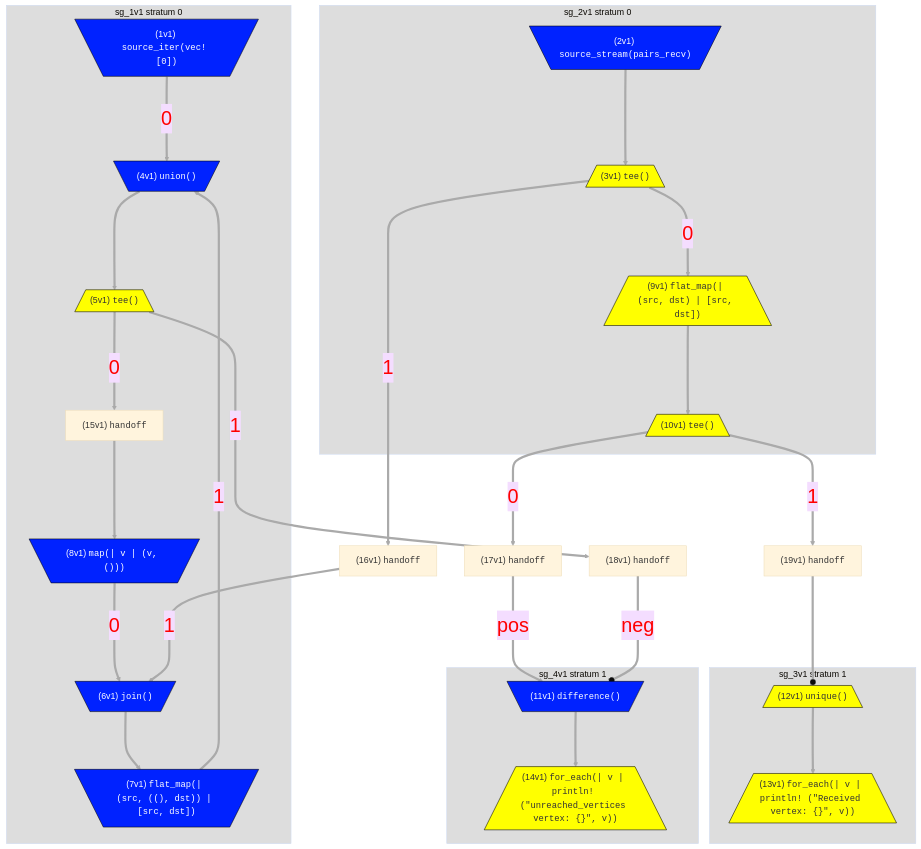
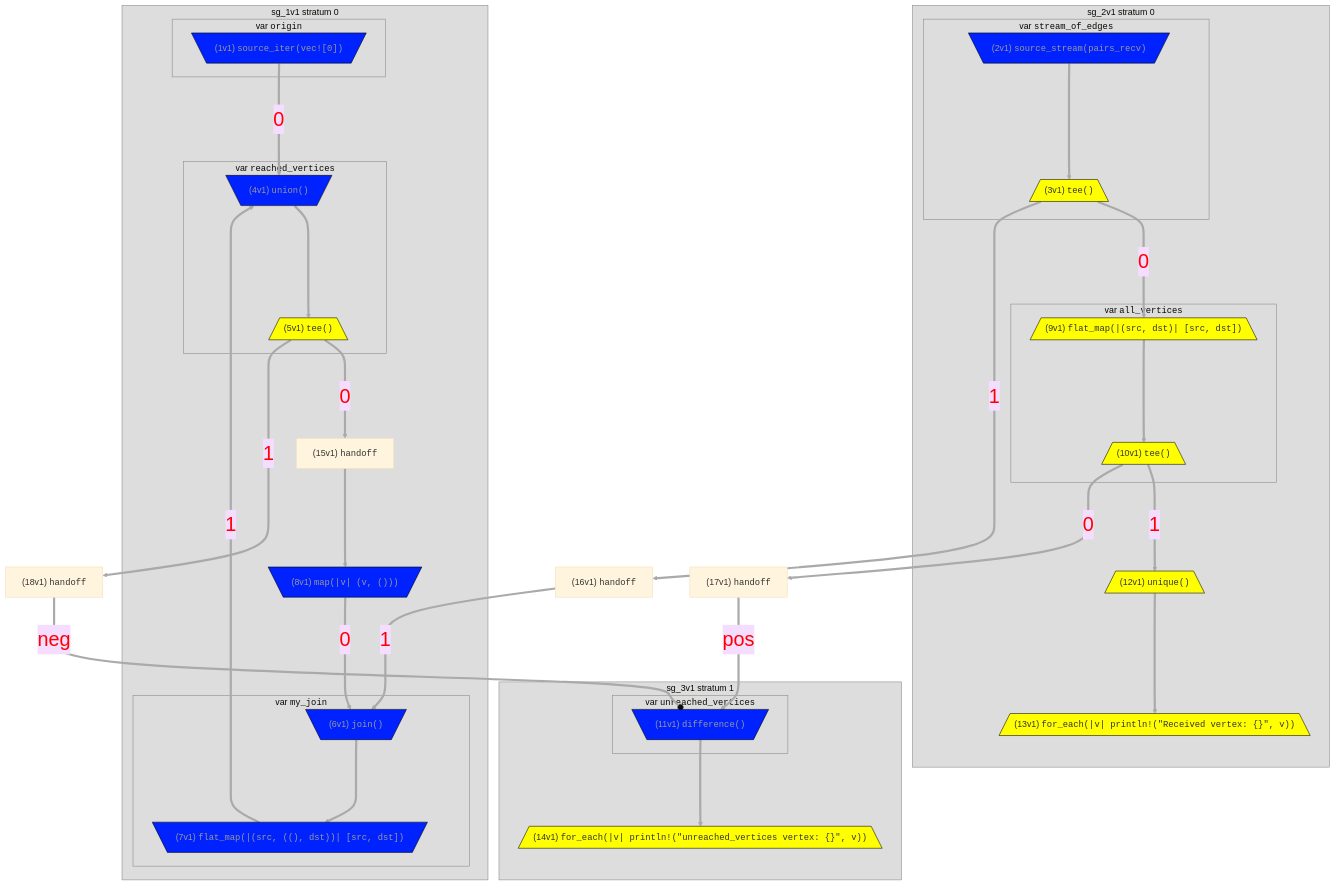
Before and after one commit to nickjiang2378/hydroflow: the second of 2 diagrams in docs/docs/hydroflow/quickstart/example_6_unreachability.md, drawn with Mermaid. The commit also changed other lines of this file and 8 other files, not shown here.

````diff
--- a/docs/docs/hydroflow/quickstart/example_6_unreachability.md
+++ b/docs/docs/hydroflow/quickstart/example_6_unreachability.md
@@ -118,54 +118,72 @@
 ```mermaid
-%%{init: {'theme': 'base', 'themeVariables': {'clusterBkg':'#ddd'}}}%%
+%%{init:{'theme':'base','themeVariables':{'clusterBkg':'#ddd','clusterBorder':'#888'}}}%%
 flowchart TD
-classDef pullClass fill:#02f,color:#fff,stroke:#000
-classDef pushClass fill:#ff0,stroke:#000
+classDef pullClass fill:#02f,color:#999,stroke:#000,text-align:left,white-space:pre
+classDef pushClass fill:#ff0,stroke:#000,text-align:left,white-space:pre
 linkStyle default stroke:#aaa,stroke-width:4px,color:red,font-size:1.5em;
-subgraph "sg_1v1 stratum 0"
-    1v1[\"(1v1) <tt>source_iter(vec! [0])</tt>"/]:::pullClass
-    8v1[\"(8v1) <tt>map(| v | (v, ()))</tt>"/]:::pullClass
-    6v1[\"(6v1) <tt>join()</tt>"/]:::pullClass
-    7v1[\"(7v1) <tt>flat_map(| (src, ((), dst)) | [src, dst])</tt>"/]:::pullClass
-    4v1[\"(4v1) <tt>union()</tt>"/]:::pullClass
-    5v1[/"(5v1) <tt>tee()</tt>"\]:::pushClass
-    15v1["(15v1) <tt>handoff</tt>"]:::otherClass
+subgraph sg_1v1 ["sg_1v1 stratum 0"]
+    1v1[\"(1v1) <code>source_iter(vec![0])</code>"/]:::pullClass
+    8v1[\"(8v1) <code>map(|v| (v, ()))</code>"/]:::pullClass
+    6v1[\"(6v1) <code>join()</code>"/]:::pullClass
+    7v1[\"(7v1) <code>flat_map(|(src, ((), dst))| [src, dst])</code>"/]:::pullClass
+    4v1[\"(4v1) <code>union()</code>"/]:::pullClass
+    5v1[/"(5v1) <code>tee()</code>"\]:::pushClass
+    15v1["(15v1) <code>handoff</code>"]:::otherClass
     15v1--->8v1
     1v1--0--->4v1
     8v1--0--->6v1
     6v1--->7v1
     7v1--1--->4v1
     4v1--->5v1
     5v1--0--->15v1
+    subgraph sg_1v1_var_my_join ["var <tt>my_join</tt>"]
+        6v1
+        7v1
+    end
+    subgraph sg_1v1_var_origin ["var <tt>origin</tt>"]
+        1v1
+    end
+    subgraph sg_1v1_var_reached_vertices ["var <tt>reached_vertices</tt>"]
+        4v1
+        5v1
+    end
 end
-subgraph "sg_2v1 stratum 0"
-    2v1[\"(2v1) <tt>source_stream(pairs_recv)</tt>"/]:::pullClass
-    3v1[/"(3v1) <tt>tee()</tt>"\]:::pushClass
-    9v1[/"(9v1) <tt>flat_map(| (src, dst) | [src, dst])</tt>"\]:::pushClass
-    10v1[/"(10v1) <tt>tee()</tt>"\]:::pushClass
+subgraph sg_2v1 ["sg_2v1 stratum 0"]
+    2v1[\"(2v1) <code>source_stream(pairs_recv)</code>"/]:::pullClass
+    3v1[/"(3v1) <code>tee()</code>"\]:::pushClass
+    9v1[/"(9v1) <code>flat_map(|(src, dst)| [src, dst])</code>"\]:::pushClass
+    10v1[/"(10v1) <code>tee()</code>"\]:::pushClass
+    12v1[/"(12v1) <code>unique()</code>"\]:::pushClass
+    13v1[/"(13v1) <code>for_each(|v| println!(&quot;Received vertex: {}&quot;, v))</code>"\]:::pushClass
     2v1--->3v1
     3v1--0--->9v1
     9v1--->10v1
+    10v1--1--->12v1
+    12v1--->13v1
+    subgraph sg_2v1_var_all_vertices ["var <tt>all_vertices</tt>"]
+        9v1
+        10v1
+    end
+    subgraph sg_2v1_var_stream_of_edges ["var <tt>stream_of_edges</tt>"]
+        2v1
+        3v1
+    end
 end
-subgraph "sg_3v1 stratum 1"
-    12v1[/"(12v1) <tt>unique()</tt>"\]:::pushClass
-    13v1[/"(13v1) <tt>for_each(| v | println! (&quot;Received vertex: {}&quot;, v))</tt>"\]:::pushClass
-    12v1--->13v1
-end
-subgraph "sg_4v1 stratum 1"
-    11v1[\"(11v1) <tt>difference()</tt>"/]:::pullClass
-    14v1[/"(14v1) <tt>for_each(| v | println! (&quot;unreached_vertices vertex: {}&quot;, v))</tt>"\]:::pushClass
+subgraph sg_3v1 ["sg_3v1 stratum 1"]
+    11v1[\"(11v1) <code>difference()</code>"/]:::pullClass
+    14v1[/"(14v1) <code>for_each(|v| println!(&quot;unreached_vertices vertex: {}&quot;, v))</code>"\]:::pushClass
     11v1--->14v1
+    subgraph sg_3v1_var_unreached_vertices ["var <tt>unreached_vertices</tt>"]
+        11v1
+    end
 end
 3v1--1--->16v1
 5v1--1--->18v1
 10v1--0--->17v1
-10v1--1--->19v1
-16v1["(16v1) <tt>handoff</tt>"]:::otherClass
+16v1["(16v1) <code>handoff</code>"]:::otherClass
 16v1--1--->6v1
-17v1["(17v1) <tt>handoff</tt>"]:::otherClass
+17v1["(17v1) <code>handoff</code>"]:::otherClass
 17v1--pos--->11v1
-18v1["(18v1) <tt>handoff</tt>"]:::otherClass
+18v1["(18v1) <code>handoff</code>"]:::otherClass
 18v1==neg===o11v1
-19v1["(19v1) <tt>handoff</tt>"]:::otherClass
-19v1===o12v1
 ```
````
